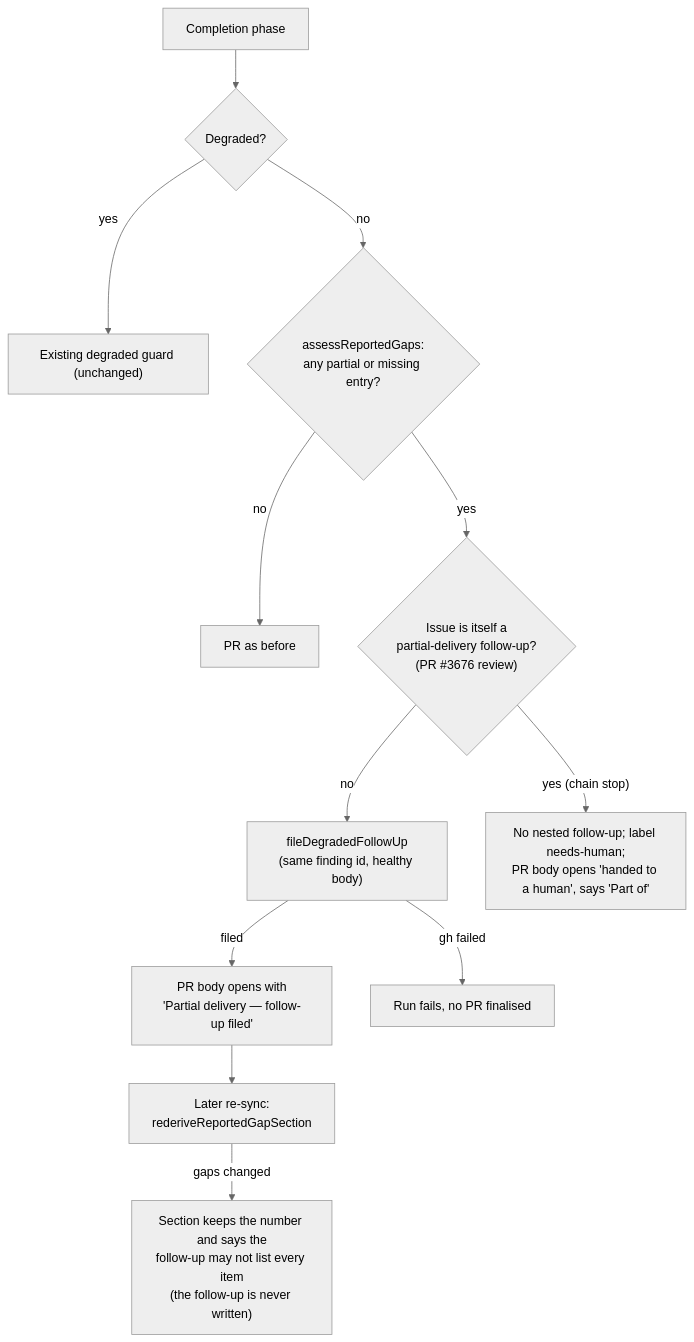
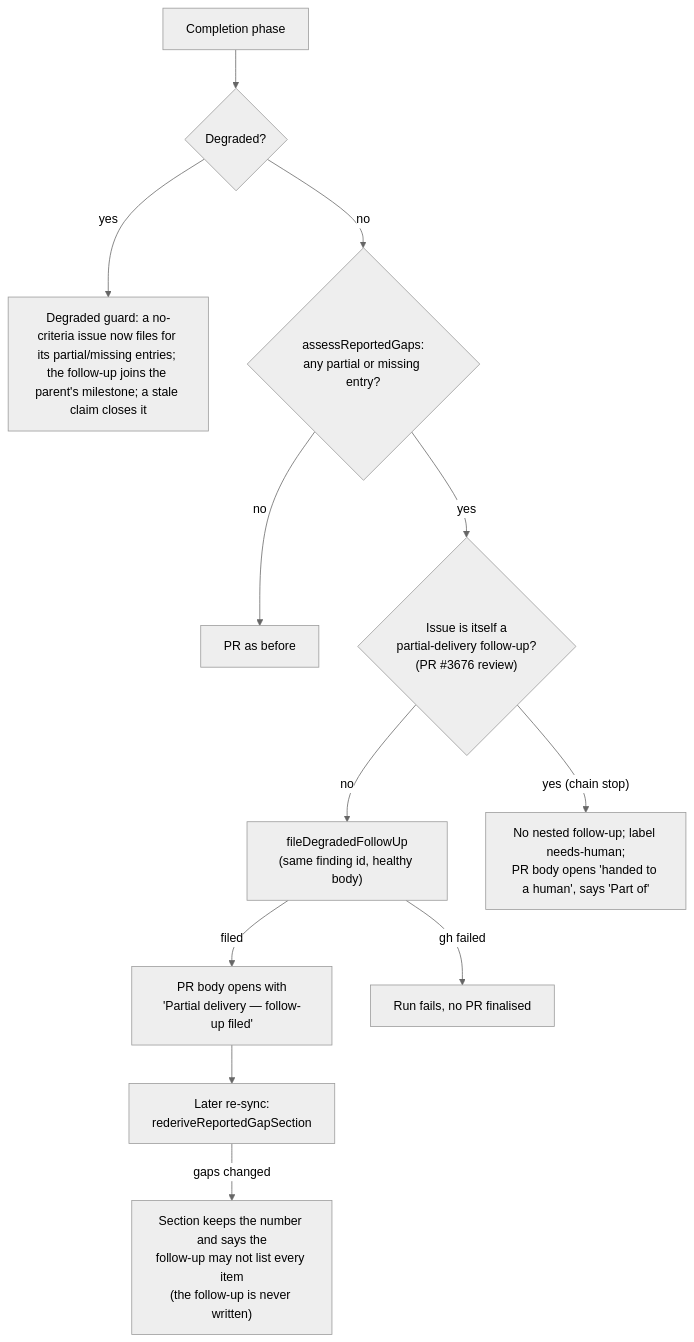
Before and after one commit to stSoftwareAU/VibeCoder: the diagram in docs/archive/pr-summaries/pr-summary-3506.md, drawn with Mermaid (neutral theme). The commit also changed other lines of this file, not shown here.

First line of the commit message:
docs(pr-summary): relabel the degraded guard in the evidence diagram and fix the docs sweep citations (PR #3676 review)

````diff
--- a/docs/archive/pr-summaries/pr-summary-3506.md
+++ b/docs/archive/pr-summaries/pr-summary-3506.md
@@ -76,14 +76,14 @@
 ```mermaid
 flowchart TD
     R["Completion phase"] --> D{"Degraded?"}
-    D -- yes --> G["Existing degraded guard (unchanged)"]
+    D -- yes --> G["Degraded guard: a no-criteria issue now files for its partial/missing entries; the follow-up joins the parent's milestone; a stale claim closes it"]
     D -- no --> H{"assessReportedGaps:<br/>any partial or missing entry?"}
     H -- no --> P["PR as before"]
     H -- yes --> C{"Issue is itself a<br/>partial-delivery follow-up?<br/>(PR #3676 review)"}
     C -- no --> F["fileDegradedFollowUp<br/>(same finding id, healthy body)"]
     C -- "yes (chain stop)" --> CS["No nested follow-up; label needs-human;<br/>PR body opens 'handed to a human', says 'Part of'"]
     F -- filed --> S["PR body opens with<br/>'Partial delivery — follow-up filed'"]
     F -- "gh failed" --> X["Run fails, no PR finalised"]
     S --> Y["Later re-sync:<br/>rederiveReportedGapSection"]
     Y -- "gaps changed" --> U["Section keeps the number and says the<br/>follow-up may not list every item<br/>(the follow-up is never written)"]
 ```
````
